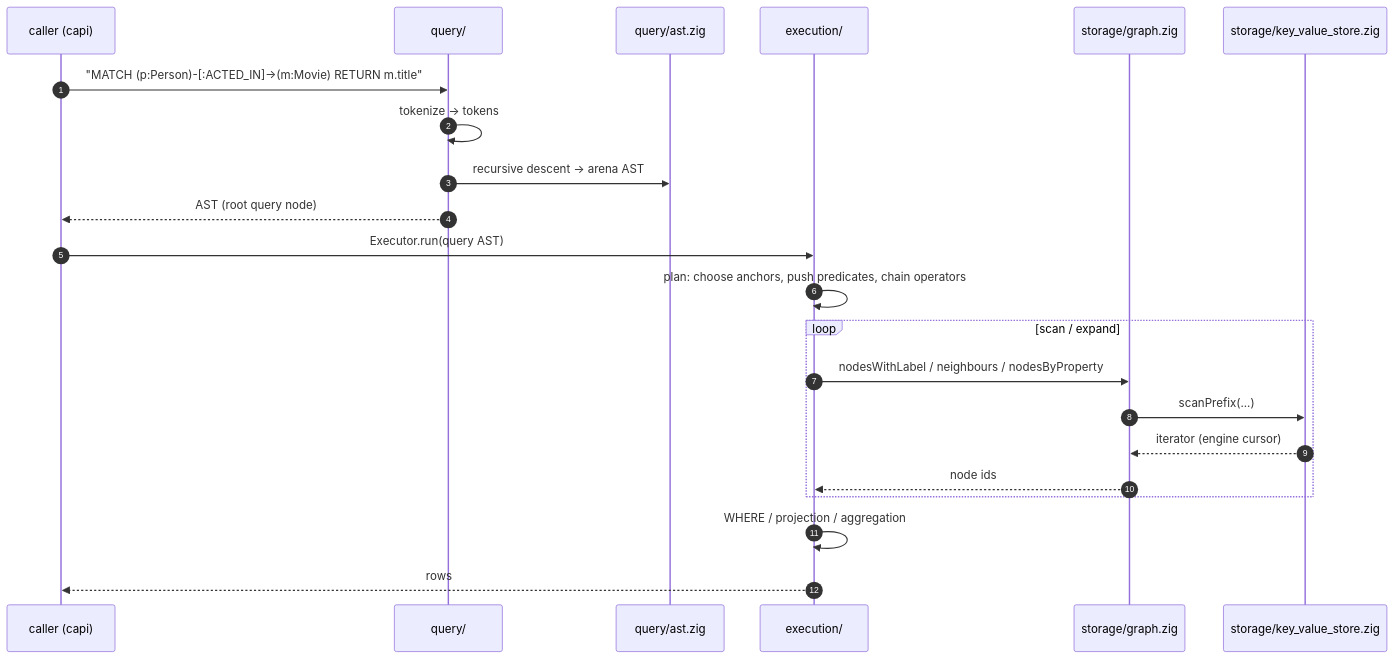
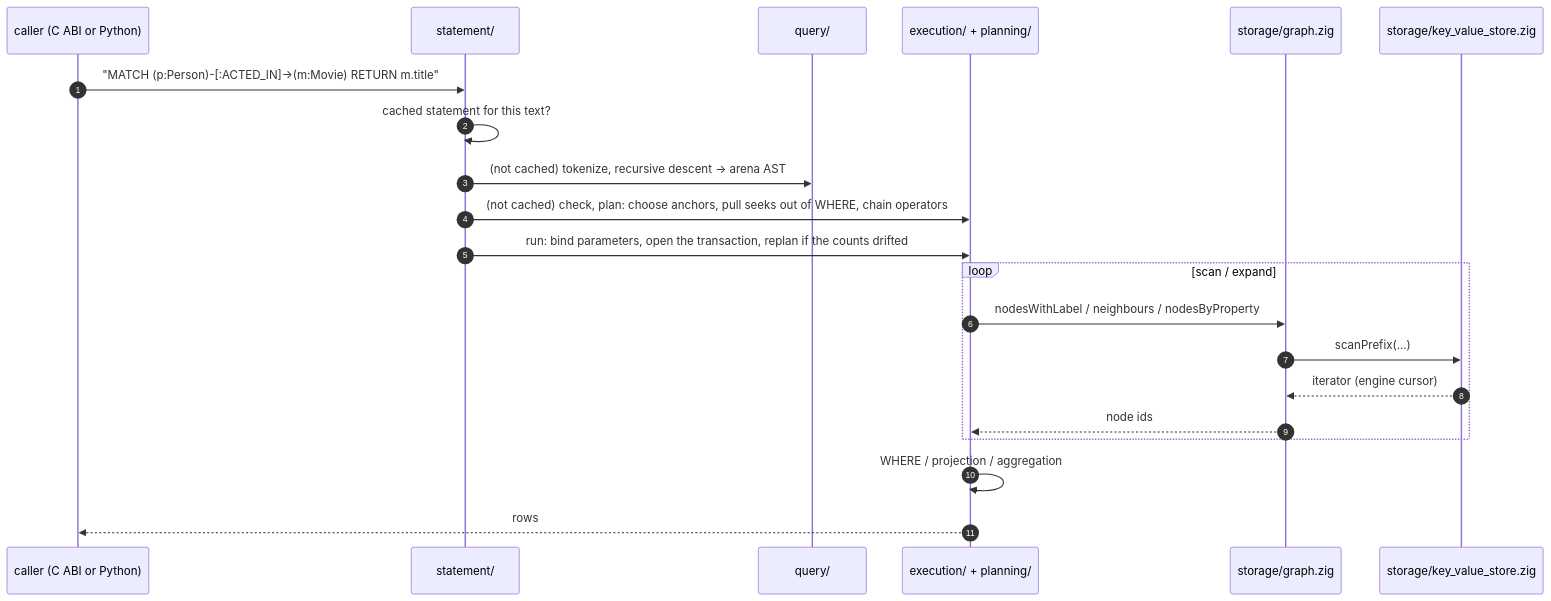
Before and after one commit to acasadom/zypherdb: the second of 2 diagrams in docs/guide/architecture.md, drawn with Mermaid. The commit also changed other lines of this file, not shown here.

First line of the commit message:
docs(architecture): correct the guide against the code

````diff
--- a/docs/guide/architecture.md
+++ b/docs/guide/architecture.md
@@ -158,25 +173,24 @@
 ```{mermaid}
 sequenceDiagram
   autonumber
-  participant C as caller (capi)
+  participant C as caller (C ABI or Python)
+  participant T as statement/
   participant P as query/
-  participant A as query/ast.zig
-  participant E as execution/
+  participant E as execution/ + planning/
   participant G as storage/graph.zig
   participant S as storage/key_value_store.zig
 
-  C->>P: "MATCH (p:Person)-[:ACTED_IN]->(m:Movie) RETURN m.title"
-  P->>P: tokenize → tokens
-  P->>A: recursive descent → arena AST
-  P-->>C: AST (root query node)
-  C->>E: Executor.run(query AST)
-  E->>E: plan: choose anchors, push predicates, chain operators
+  C->>T: "MATCH (p:Person)-[:ACTED_IN]->(m:Movie) RETURN m.title"
+  T->>T: cached statement for this text?
+  T->>P: (not cached) tokenize, recursive descent → arena AST
+  T->>E: (not cached) check, plan: choose anchors, pull seeks out of WHERE, chain operators
+  T->>E: run: bind parameters, open the transaction, replan if the counts drifted
   loop scan / expand
     E->>G: nodesWithLabel / neighbours / nodesByProperty
     G->>S: scanPrefix(...)
     S-->>G: iterator (engine cursor)
     G-->>E: node ids
   end
   E->>E: WHERE / projection / aggregation
   E-->>C: rows
 ```
````
